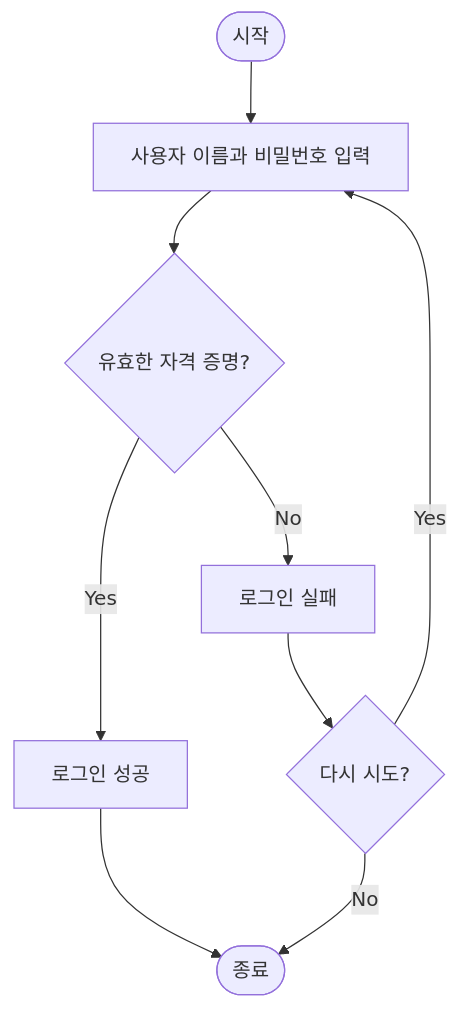
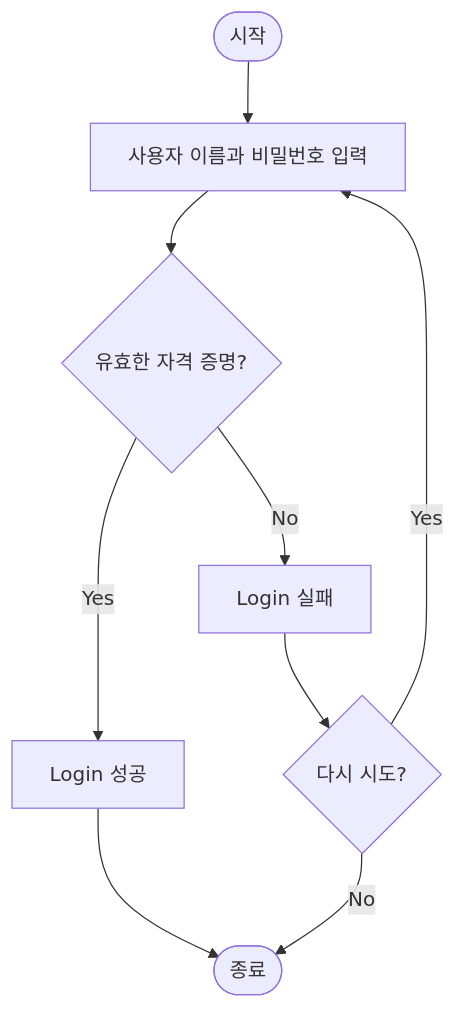
The eighth of 9 diagrams in collections/_notes/language/uml/flowchart.md (choesimin/choesimin.github.io), drawn with Mermaid before and after one commit. The commit also changed other lines of this file and 14 other files, not shown here.

````diff
--- a/collections/_notes/language/uml/flowchart.md
+++ b/collections/_notes/language/uml/flowchart.md
@@ -183,11 +183,11 @@
 ```mermaid
 flowchart TD
     start([시작]) --> input[사용자 이름과 비밀번호 입력]
     input --> validate{유효한 자격 증명?}
-    validate -->|Yes| success[로그인 성공]
-    validate -->|No| failure[로그인 실패]
+    validate -->|Yes| success[Login 성공]
+    validate -->|No| failure[Login 실패]
     failure --> retry{다시 시도?}
     retry -->|Yes| input
     retry -->|No| finish
     success --> finish([종료])
 ```
````
